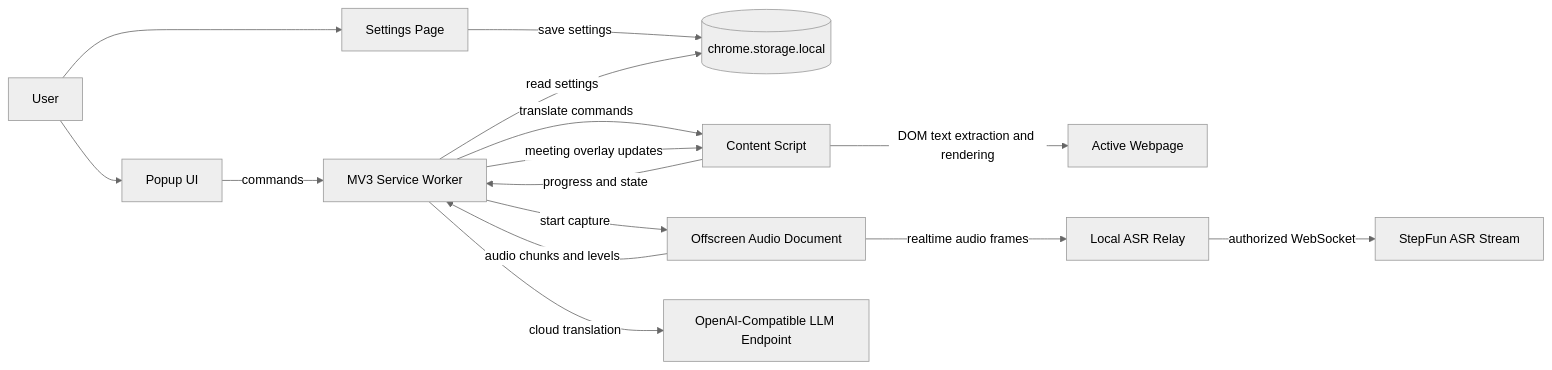
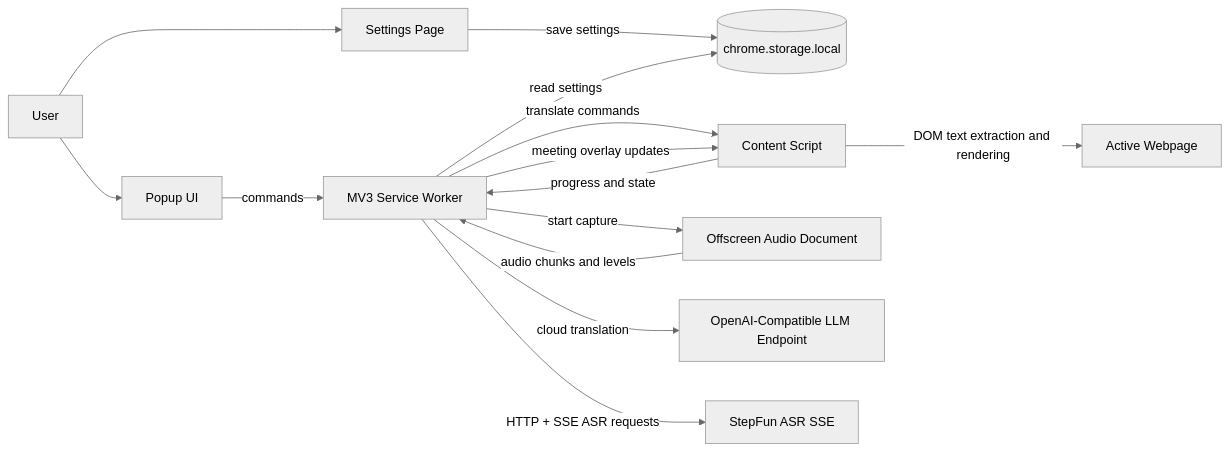
Before and after one commit to InfronAI/infron-translate: the first of 4 diagrams in README.md, drawn with Mermaid (neutral theme). The commit also changed other lines of this file and 16 other files, not shown here.

Commit message:
Use StepFun ASR HTTP SSE

````diff
--- a/README.md
+++ b/README.md
@@ -41,21 +41,20 @@
 ```mermaid
 flowchart LR
   User[User] --> Popup[Popup UI]
   User --> Options[Settings Page]
 
   Popup -->|commands| SW[MV3 Service Worker]
   Options -->|save settings| Storage[(chrome.storage.local)]
   SW -->|read settings| Storage
 
   SW -->|translate commands| Content[Content Script]
   Content -->|DOM text extraction and rendering| Page[Active Webpage]
   Content -->|progress and state| SW
 
   SW -->|start capture| Offscreen[Offscreen Audio Document]
   Offscreen -->|audio chunks and levels| SW
   SW -->|meeting overlay updates| Content
 
   SW -->|cloud translation| LLM[OpenAI-Compatible LLM Endpoint]
-  Offscreen -->|realtime audio frames| Relay[Local ASR Relay]
-  Relay -->|authorized WebSocket| StepFun[StepFun ASR Stream]
+  SW -->|HTTP + SSE ASR requests| StepFun[StepFun ASR SSE]
 ```
````
